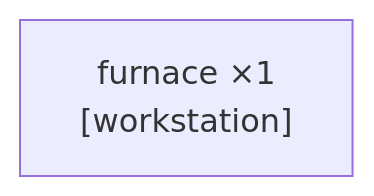
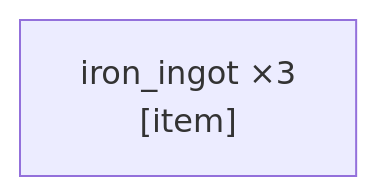
Before and after one commit to tomfenno/embodied-intelligence-minecraft: the second of 2 diagrams in achievement_hunter/rollout_live/current_rollout.md, drawn with Mermaid. The commit also changed other lines of this file and 189 other files, not shown here.

````diff
--- a/achievement_hunter/rollout_live/current_rollout.md
+++ b/achievement_hunter/rollout_live/current_rollout.md
@@ -42,4 +44,4 @@
 ```mermaid
 graph LR
-    furnace["furnace ×1<br/>[workstation]"]
+    iron_ingot["iron_ingot ×3<br/>[item]"]
 ```
````
